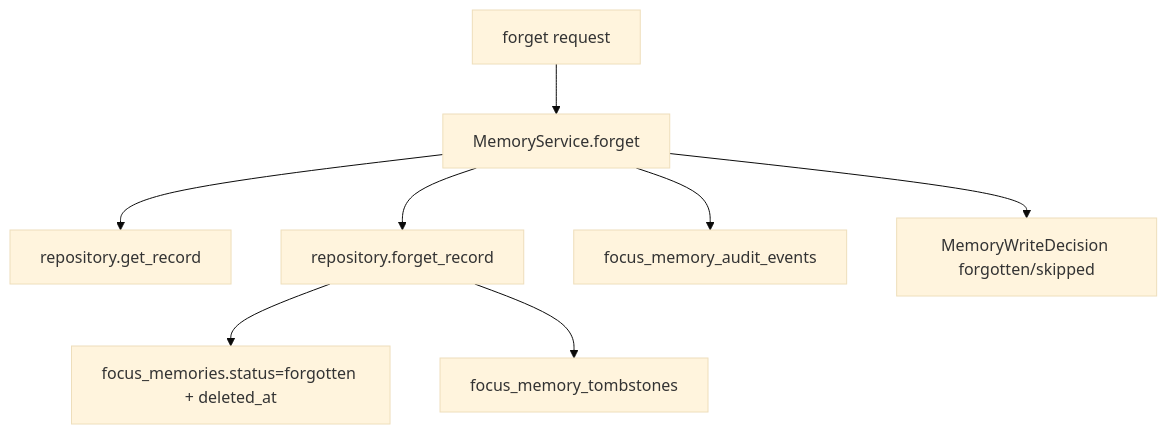
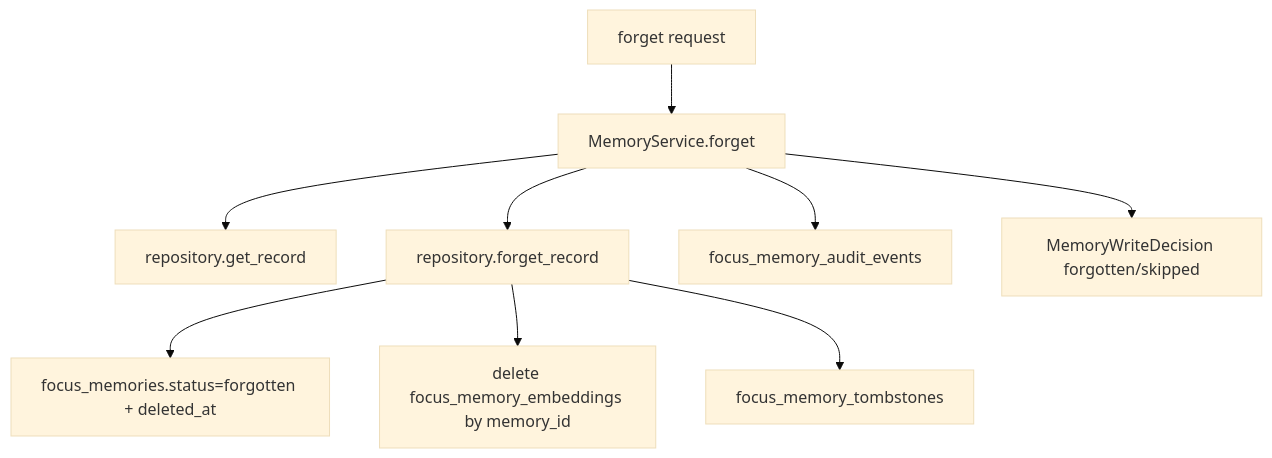
One commit to William-zgx/focus-agent changed the ninth of 12 diagrams in docs/memory-system-v2.md. Above: the diagram before and after it, drawn with Mermaid (base theme). The commit also changed other lines of this file and 35 other files, not shown here.

Commit message:
feat: add pgvector memory embeddings

````diff
--- a/docs/memory-system-v2.md
+++ b/docs/memory-system-v2.md
@@ -493,10 +636,11 @@
 ```mermaid
 flowchart TD
     Forget["forget request"] --> Service["MemoryService.forget"]
     Service --> Existing["repository.get_record"]
     Service --> RepoForget["repository.forget_record"]
     RepoForget --> Mark["focus_memories.status=forgotten + deleted_at"]
+    RepoForget --> DeleteEmbedding["delete focus_memory_embeddings by memory_id"]
     RepoForget --> Tombstone["focus_memory_tombstones"]
     Service --> Audit["focus_memory_audit_events"]
     Service --> Decision["MemoryWriteDecision forgotten/skipped"]
 ```
````
